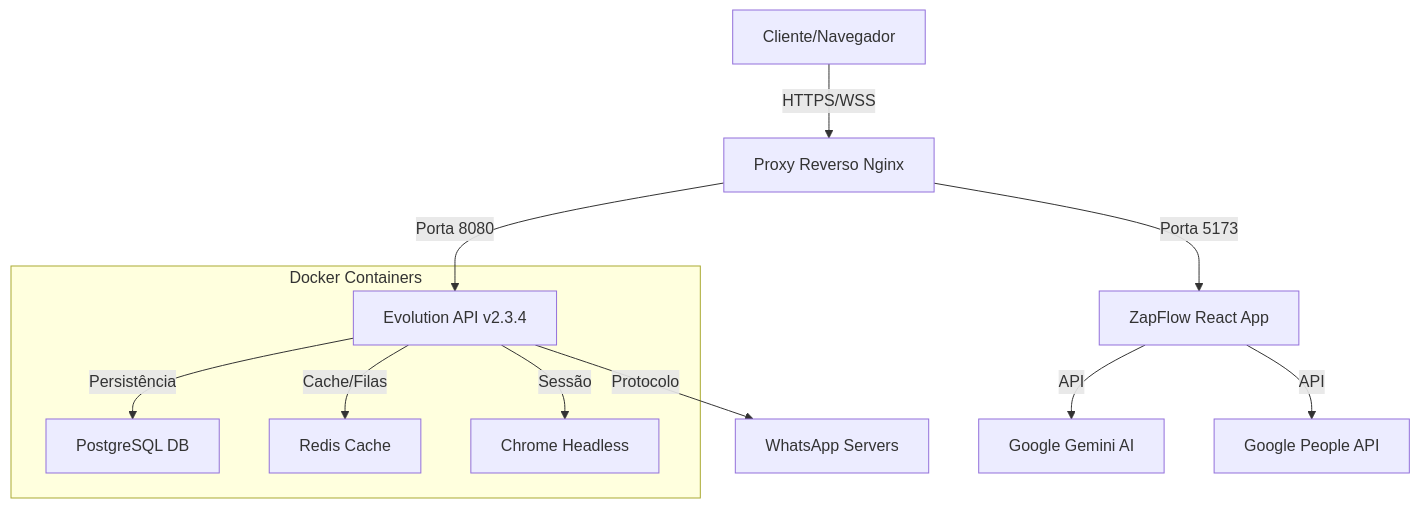
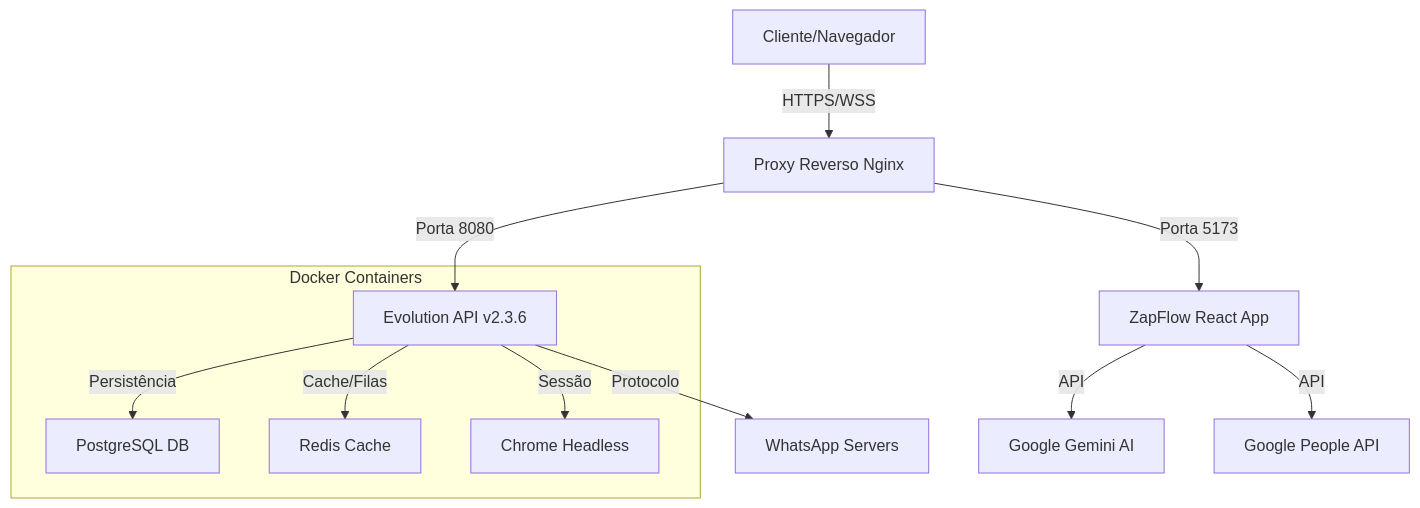
The diagram in README.md (andreypiekas/ZapFlow), drawn with Mermaid before and after one commit. The commit also changed other lines of this file and 10 other files, not shown here.

````diff
--- a/README.md
+++ b/README.md
@@ -40,16 +40,16 @@
 ```mermaid
 graph TD
     User[Cliente/Navegador] -->|HTTPS/WSS| Nginx[Proxy Reverso Nginx]
     Nginx -->|Porta 5173| Frontend[ZapFlow React App]
-    Nginx -->|Porta 8080| Backend[Evolution API v2.3.4]
+    Nginx -->|Porta 8080| Backend[Evolution API v2.3.6]
     
     subgraph "Docker Containers"
         Backend -->|Persistência| Postgres[PostgreSQL DB]
         Backend -->|Cache/Filas| Redis[Redis Cache]
         Backend -->|Sessão| Chrome[Chrome Headless]
     end
     
     Backend -->|Protocolo| WA[WhatsApp Servers]
     Frontend -->|API| Gemini[Google Gemini AI]
     Frontend -->|API| GPeople[Google People API]
 ```
````
